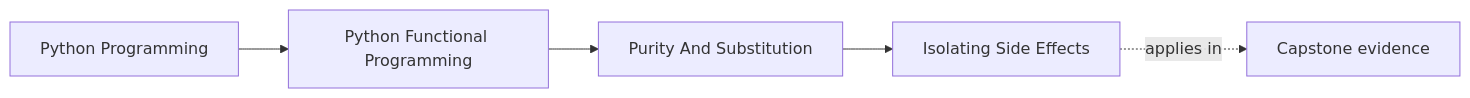
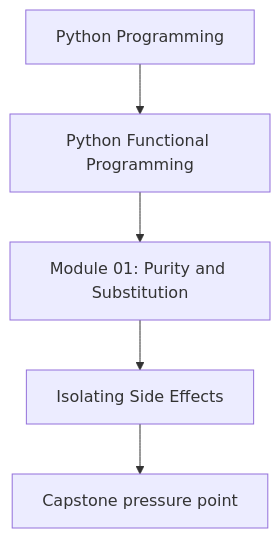
The first of 2 diagrams in programs/python-programming/python-functional-programming/course-book/module-01-purity-and-substitution/isolating-side-effects.md (bijux/bijux-masterclass), drawn with Mermaid before and after one commit. The commit also changed other lines of this file and 118 other files, not shown here.

Commit message:
docs(python-functional-programming): align concept page diagrams

````diff
--- a/programs/python-programming/python-functional-programming/course-book/module-01-purity-and-substitution/isolating-side-effects.md
+++ b/programs/python-programming/python-functional-programming/course-book/module-01-purity-and-substitution/isolating-side-effects.md
@@ -7,11 +7,7 @@
 ```mermaid
-graph LR
-  family["Python Programming"]
-  program["Python Functional Programming"]
-  section["Purity And Substitution"]
-  page["Isolating Side Effects"]
-  capstone["Capstone evidence"]
-
-  family --> program --> section --> page
-  page -.applies in.-> capstone
+flowchart TD
+  family["Python Programming"] --> program["Python Functional Programming"]
+  program --> module["Module 01: Purity and Substitution"]
+  module --> concept["Isolating Side Effects"]
+  concept --> capstone["Capstone pressure point"]
 ```
````
